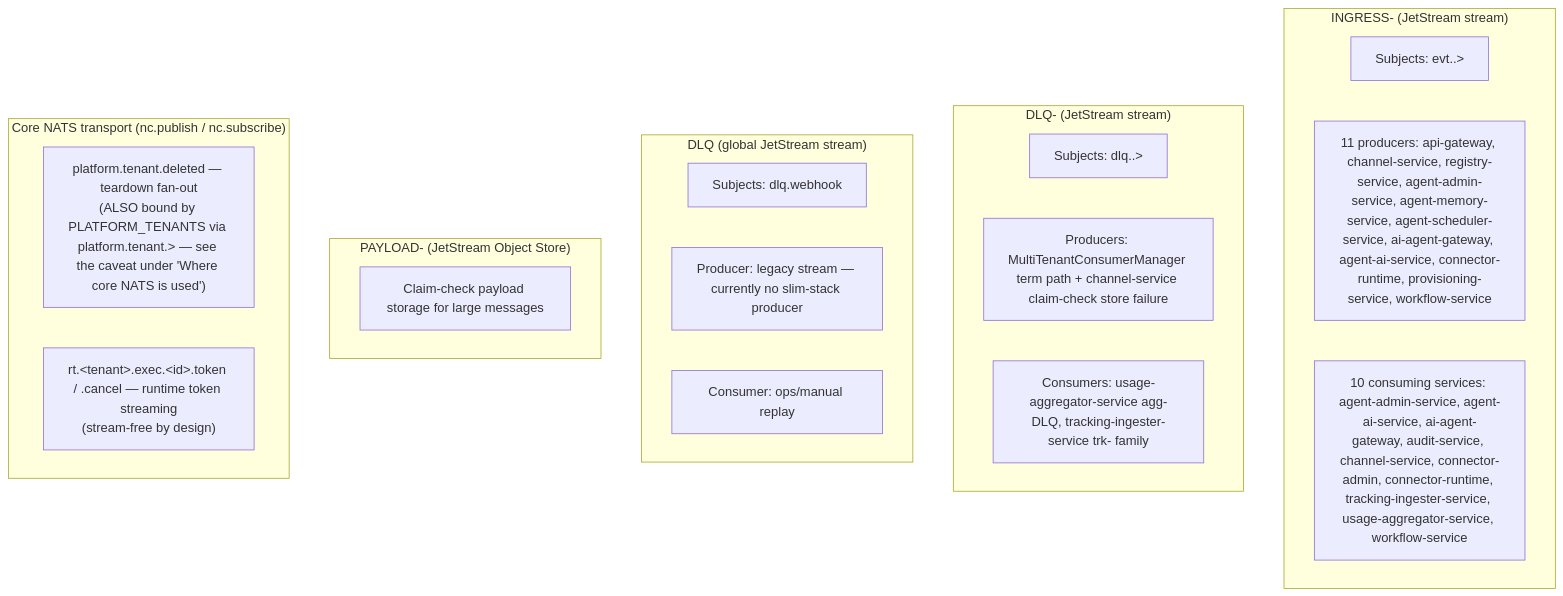
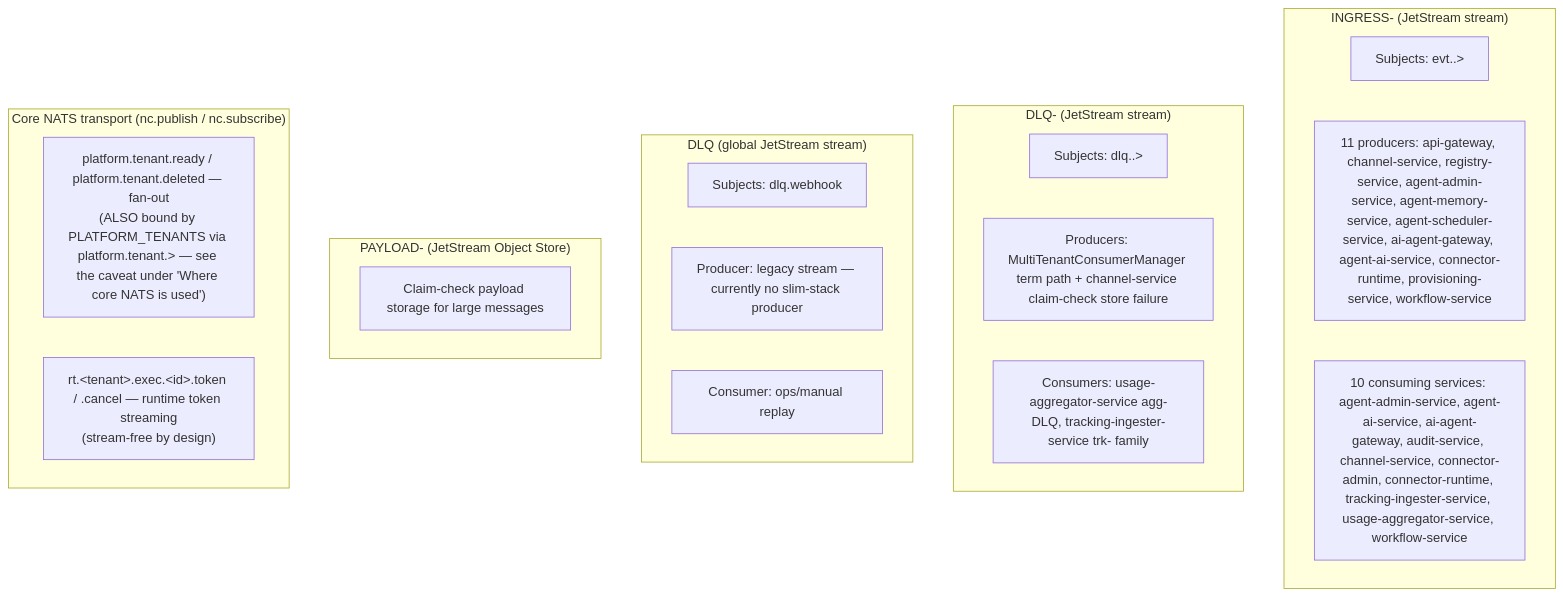
The diagram in DOCS/messaging/service-bus.md (ccarnero/colloqui), drawn with Mermaid before and after one commit. The commit also changed other lines of this file and 70 other files, not shown here.

````diff
--- a/DOCS/messaging/service-bus.md
+++ b/DOCS/messaging/service-bus.md
@@ -114,29 +142,29 @@
 ```mermaid
 flowchart TD
     subgraph ingress["INGRESS-<tenant> (JetStream stream)"]
         in_subj[Subjects: evt.<tenant>.>]
         in_prod[11 producers: api-gateway, channel-service, registry-service, agent-admin-service, agent-memory-service, agent-scheduler-service, ai-agent-gateway, agent-ai-service, connector-runtime, provisioning-service, workflow-service]
         in_cons[10 consuming services: agent-admin-service, agent-ai-service, ai-agent-gateway, audit-service, channel-service, connector-admin, connector-runtime, tracking-ingester-service, usage-aggregator-service, workflow-service]
     end
 
     subgraph dlqt["DLQ-<tenant> (JetStream stream)"]
         dlqt_subj[Subjects: dlq.<tenant>.>]
         dlqt_prod[Producers: MultiTenantConsumerManager term path + channel-service claim-check store failure]
         dlqt_cons[Consumers: usage-aggregator-service agg-DLQ, tracking-ingester-service trk- family]
     end
 
     subgraph dlqg["DLQ (global JetStream stream)"]
         dlqg_subj[Subjects: dlq.webhook]
         dlqg_prod[Producer: legacy stream — currently no slim-stack producer]
         dlqg_cons[Consumer: ops/manual replay]
     end
 
     subgraph payload["PAYLOAD-<tenant> (JetStream Object Store)"]
         payload_role[Claim-check payload storage for large messages]
     end
 
     subgraph core["Core NATS transport (nc.publish / nc.subscribe)"]
-        core_tenant["platform.tenant.deleted — teardown fan-out<br/>(ALSO bound by PLATFORM_TENANTS via platform.tenant.&gt; — see the caveat under 'Where core NATS is used')"]
+        core_tenant["platform.tenant.ready / platform.tenant.deleted — fan-out<br/>(ALSO bound by PLATFORM_TENANTS via platform.tenant.&gt; — see the caveat under 'Where core NATS is used')"]
         core_rt["rt.&lt;tenant&gt;.exec.&lt;id&gt;.token / .cancel — runtime token streaming<br/>(stream-free by design)"]
     end
 ```
````
